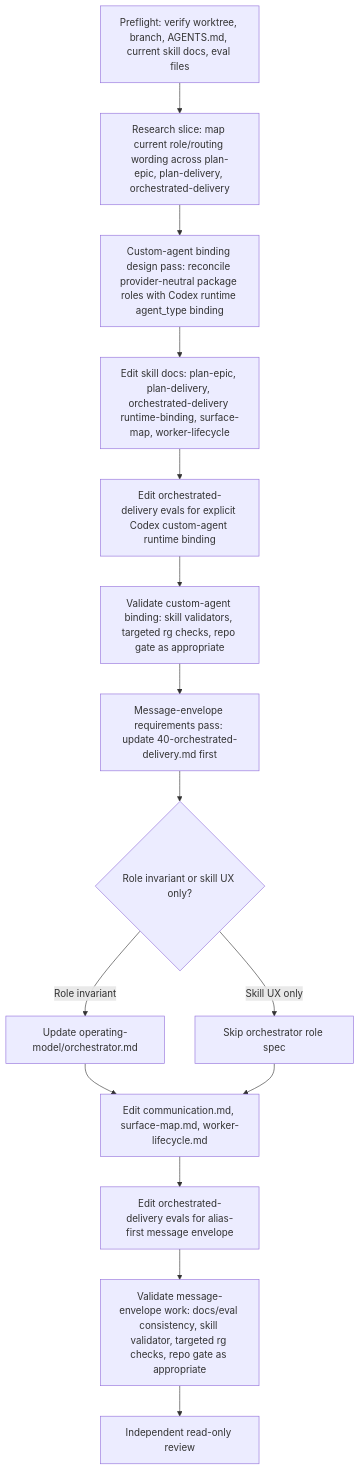
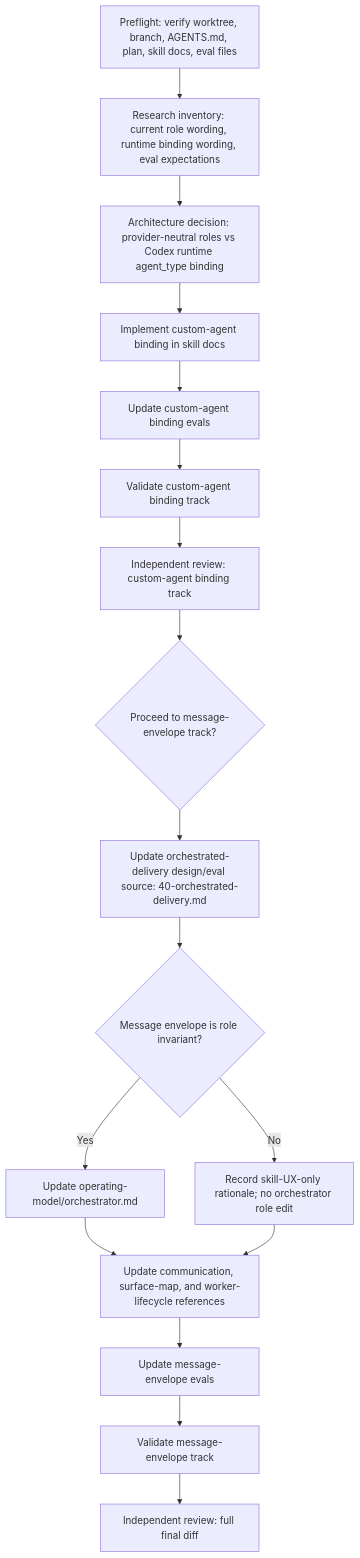
One commit to aryeko/agentic-workflow-kit changed the diagram in docs/reviews/2026-06-26-codex-custom-agent-skill-bindings-plan.md. Above: the diagram before and after it, drawn with Mermaid. The commit also changed other lines of this file, not shown here.

Commit message:
docs: restructure custom agent binding plan

````diff
--- a/docs/reviews/2026-06-26-codex-custom-agent-skill-bindings-plan.md
+++ b/docs/reviews/2026-06-26-codex-custom-agent-skill-bindings-plan.md
@@ -101,18 +91,25 @@
 ```mermaid
 flowchart TD
-  A[Preflight: verify worktree, branch, AGENTS.md, current skill docs, eval files] --> B[Research slice: map current role/routing wording across plan-epic, plan-delivery, orchestrated-delivery]
-  B --> C[Custom-agent binding design pass: reconcile provider-neutral package roles with Codex runtime agent_type binding]
-  C --> D[Edit skill docs: plan-epic, plan-delivery, orchestrated-delivery runtime-binding, surface-map, worker-lifecycle]
-  D --> E[Edit orchestrated-delivery evals for explicit Codex custom-agent runtime binding]
-  E --> F[Validate custom-agent binding: skill validators, targeted rg checks, repo gate as appropriate]
+  A[Preflight: verify worktree, branch, AGENTS.md, plan, skill docs, eval files]
+  B[Research inventory: current role wording, runtime binding wording, eval expectations]
+  C[Architecture decision: provider-neutral roles vs Codex runtime agent_type binding]
+  D[Implement custom-agent binding in skill docs]
+  E[Update custom-agent binding evals]
+  F[Validate custom-agent binding track]
+  G[Independent review: custom-agent binding track]
+  H{Proceed to message-envelope track?}
+  I[Update orchestrated-delivery design/eval source: 40-orchestrated-delivery.md]
+  J{Message envelope is role invariant?}
+  K[Update operating-model/orchestrator.md]
+  L[Record skill-UX-only rationale; no orchestrator role edit]
+  M[Update communication, surface-map, and worker-lifecycle references]
+  N[Update message-envelope evals]
+  O[Validate message-envelope track]
+  P[Independent review: full final diff]
 
-  F --> G[Message-envelope requirements pass: update 40-orchestrated-delivery.md first]
-  G --> H{Role invariant or skill UX only?}
-  H -->|Role invariant| I[Update operating-model/orchestrator.md]
-  H -->|Skill UX only| J[Skip orchestrator role spec]
-  I --> K[Edit communication.md, surface-map.md, worker-lifecycle.md]
-  J --> K
-  K --> L[Edit orchestrated-delivery evals for alias-first message envelope]
-  L --> M[Validate message-envelope work: docs/eval consistency, skill validator, targeted rg checks, repo gate as appropriate]
-  M --> N[Independent read-only review]
+  A --> B --> C --> D --> E --> F --> G --> H
+  H --> I --> J
+  J -->|Yes| K --> M
+  J -->|No| L --> M
+  M --> N --> O --> P
 ```
````
